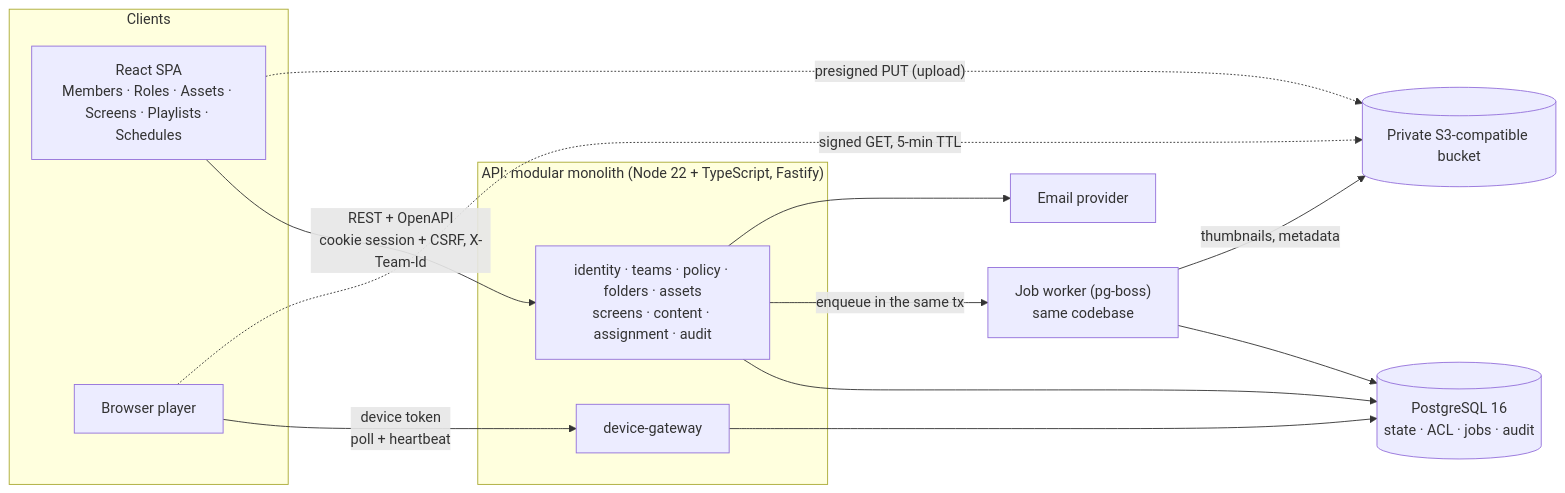
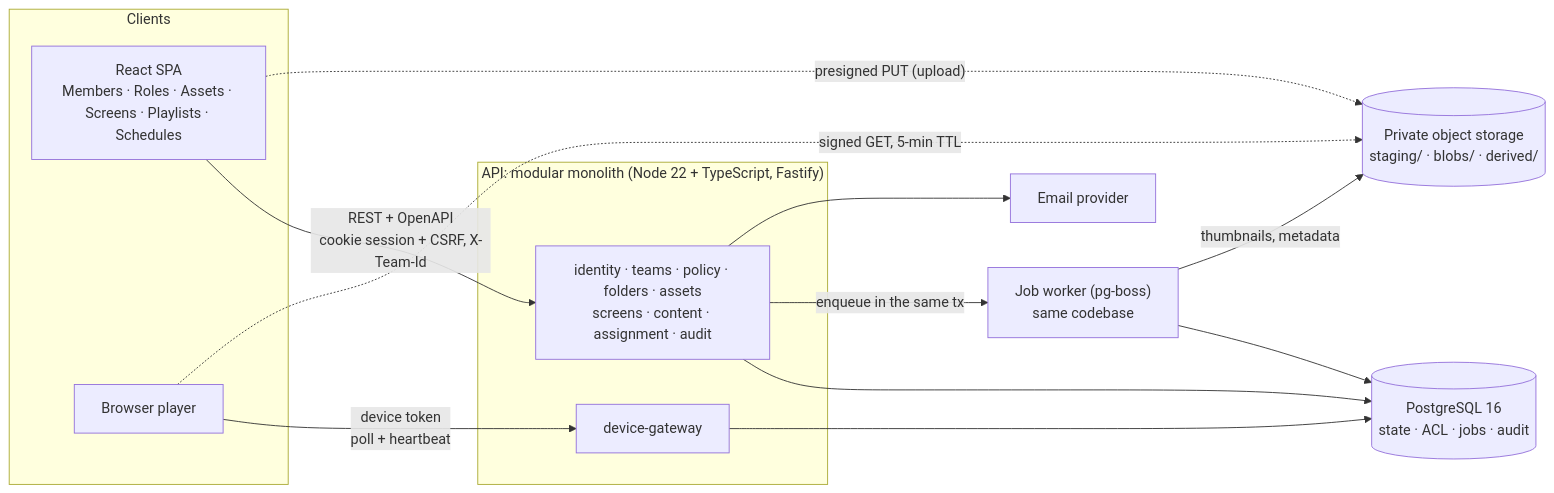
The first of 2 diagrams in docs/part2/04-architecture.md (giahuydo/rillmark), drawn with Mermaid before and after one commit. The commit also changed other lines of this file and 5 other files, not shown here.

````diff
--- a/docs/part2/04-architecture.md
+++ b/docs/part2/04-architecture.md
@@ -5,25 +5,25 @@
 ```mermaid
 flowchart LR
   subgraph Clients
     SPA["React SPA<br/>Members · Roles · Assets · Screens · Playlists · Schedules"]
     PL["Browser player"]
   end
   subgraph API["API: modular monolith (Node 22 + TypeScript, Fastify)"]
     MOD["identity · teams · policy · folders · assets<br/>screens · content · assignment · audit"]
     DG["device-gateway"]
   end
   W["Job worker (pg-boss)<br/>same codebase"]
   PG[("PostgreSQL 16<br/>state · ACL · jobs · audit")]
-  S3[("Private S3-compatible bucket")]
+  S3[("Private object storage<br/>staging/ · blobs/ · derived/")]
   MAIL["Email provider"]
   SPA -- "REST + OpenAPI<br/>cookie session + CSRF, X-Team-Id" --> MOD
   PL -- "device token<br/>poll + heartbeat" --> DG
   MOD --> PG
   DG --> PG
   MOD -- "enqueue in the same tx" --> W
   W --> PG
   W -- "thumbnails, metadata" --> S3
   MOD --> MAIL
   SPA -. "presigned PUT (upload)" .-> S3
   PL -. "signed GET, 5-min TTL" .-> S3
 ```
````
